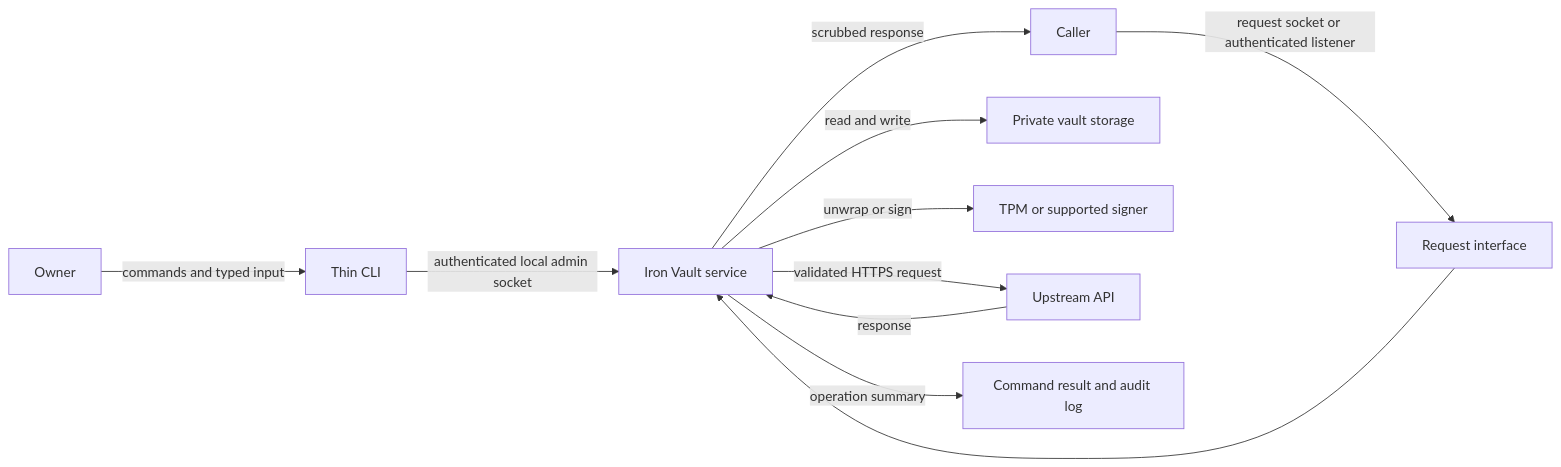
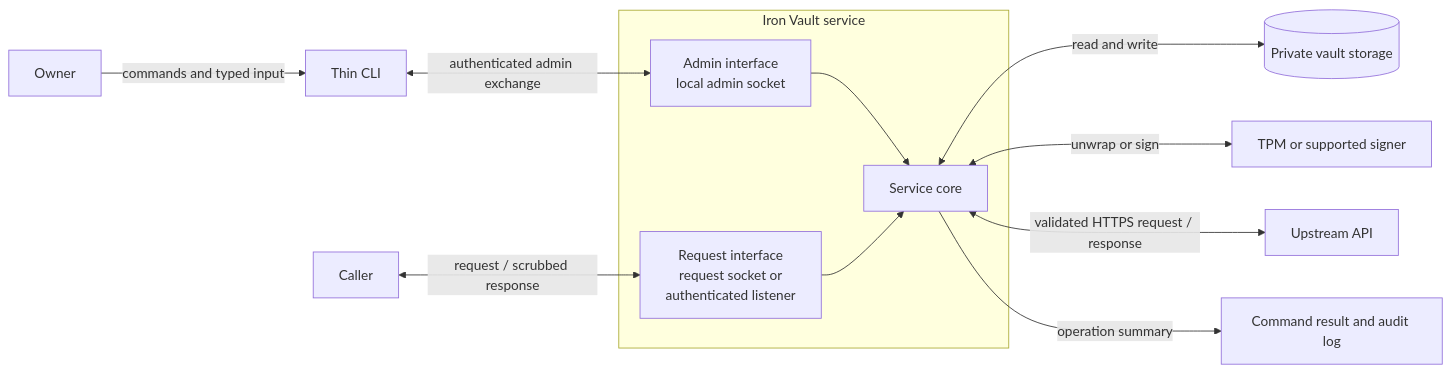
Before and after one commit to CjS77/iron-vault: the first of 5 diagrams in design/iron-vault-specification.md, drawn with Mermaid. The commit also changed other lines of this file and 258 other files, not shown here.

````diff
--- a/design/iron-vault-specification.md
+++ b/design/iron-vault-specification.md
@@ -188,13 +200,21 @@
 ```mermaid
 flowchart LR
     Owner[Owner] -->|commands and typed input| CLI[Thin CLI]
-    CLI -->|authenticated local admin socket| Service[Iron Vault service]
-    Caller[Caller] -->|request socket or authenticated listener| Edge[Request interface]
-    Edge --> Service
-    Service -->|read and write| Vault[Private vault storage]
-    Service -->|unwrap or sign| Device[TPM or supported signer]
-    Service -->|validated HTTPS request| API[Upstream API]
-    API -->|response| Service
-    Service -->|scrubbed response| Caller
-    Service -->|operation summary| Audit[Command result and audit log]
+    Caller[Caller]
+
+    subgraph IV[Iron Vault service]
+        Admin[Admin interface<br/>local admin socket]
+        Edge[Request interface<br/>request socket or<br/>authenticated listener]
+        Core[Service core]
+        Admin --> Core
+        Edge --> Core
+    end
+
+    CLI <-->|authenticated admin exchange| Admin
+    Caller <-->|request / scrubbed response| Edge
+
+    Core <-->|read and write| Vault[(Private vault storage)]
+    Core <-->|unwrap or sign| Device[TPM or supported signer]
+    Core <-->|validated HTTPS request / response| API[Upstream API]
+    Core -->|operation summary| Audit[Command result and audit log]
 ```
````
